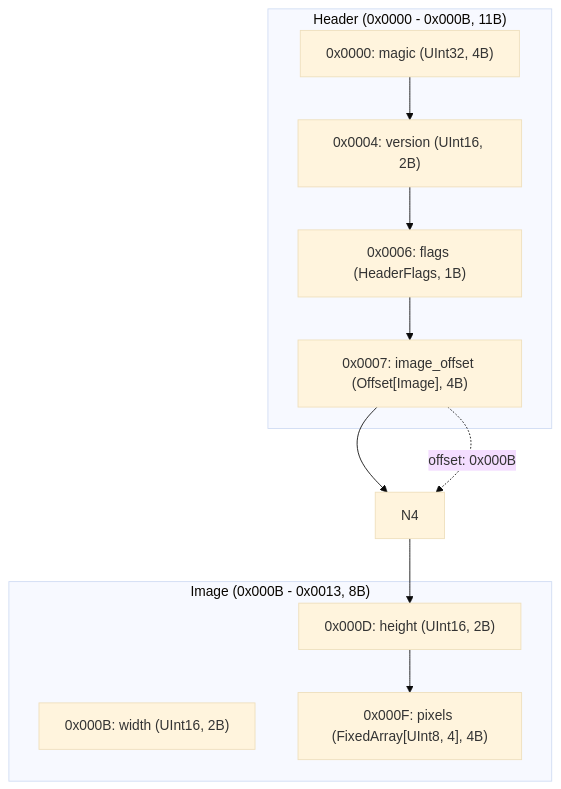
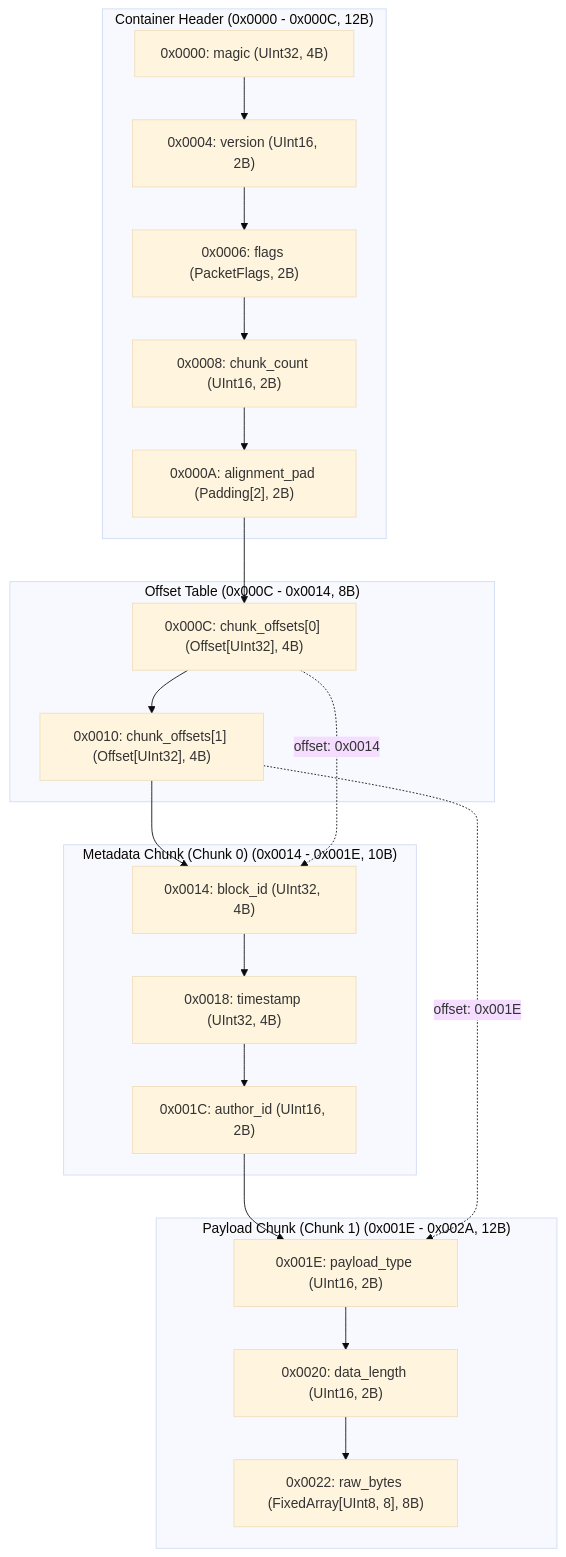
The first of 7 diagrams in sample_manual.md (tamon-ishii/binary_master), drawn with Mermaid (base theme) before and after one commit. The commit also changed other lines of this file and 14 other files, not shown here.

````diff
--- a/sample_manual.md
+++ b/sample_manual.md
@@ -11,21 +13,38 @@
 ```mermaid
 flowchart TD
-    subgraph SG_Header ["Header (0x0000 - 0x000B, 11B)"]
+    subgraph SG_Container_Header ["Container Header (0x0000 - 0x000C, 12B)"]
         N0["0x0000: magic (UInt32, 4B)"]
         N1["0x0004: version (UInt16, 2B)"]
-        N2["0x0006: flags (HeaderFlags, 1B)"]
-        N3["0x0007: image_offset (Offset[Image], 4B)"]
+        N2["0x0006: flags (PacketFlags, 2B)"]
+        N3["0x0008: chunk_count (UInt16, 2B)"]
+        N4["0x000A: alignment_pad (Padding[2], 2B)"]
     end
-    subgraph SG_Image ["Image (0x000B - 0x0013, 8B)"]
-        N4packet図["0x000B: width (UInt16, 2B)"]
-        N5["0x000D: height (UInt16, 2B)"]
-        N6["0x000F: pixels (FixedArray[UInt8, 4], 4B)"]
+    subgraph SG_Offset_Table ["Offset Table (0x000C - 0x0014, 8B)"]
+        N5["0x000C: chunk_offsets[0] (Offset[UInt32], 4B)"]
+        N6["0x0010: chunk_offsets[1] (Offset[UInt32], 4B)"]
+    end
+    subgraph SG_Metadata_Chunk_Chunk_0 ["Metadata Chunk (Chunk 0) (0x0014 - 0x001E, 10B)"]
+        N7["0x0014: block_id (UInt32, 4B)"]
+        N8["0x0018: timestamp (UInt32, 4B)"]
+        N9["0x001C: author_id (UInt16, 2B)"]
+    end
+    subgraph SG_Payload_Chunk_Chunk_1 ["Payload Chunk (Chunk 1) (0x001E - 0x002A, 12B)"]
+        N10["0x001E: payload_type (UInt16, 2B)"]
+        N11["0x0020: data_length (UInt16, 2B)"]
+        N12["0x0022: raw_bytes (FixedArray[UInt8, 8], 8B)"]
     end
     N0 --> N1
     N1 --> N2
     N2 --> N3
     N3 --> N4
     N4 --> N5
     N5 --> N6
-    N3 -.->|"offset: 0x000B"| N4
+    N6 --> N7
+    N7 --> N8
+    N8 --> N9
+    N9 --> N10
+    N10 --> N11
+    N11 --> N12
+    N5 -.->|"offset: 0x0014"| N7
+    N6 -.->|"offset: 0x001E"| N10
 ```
````
